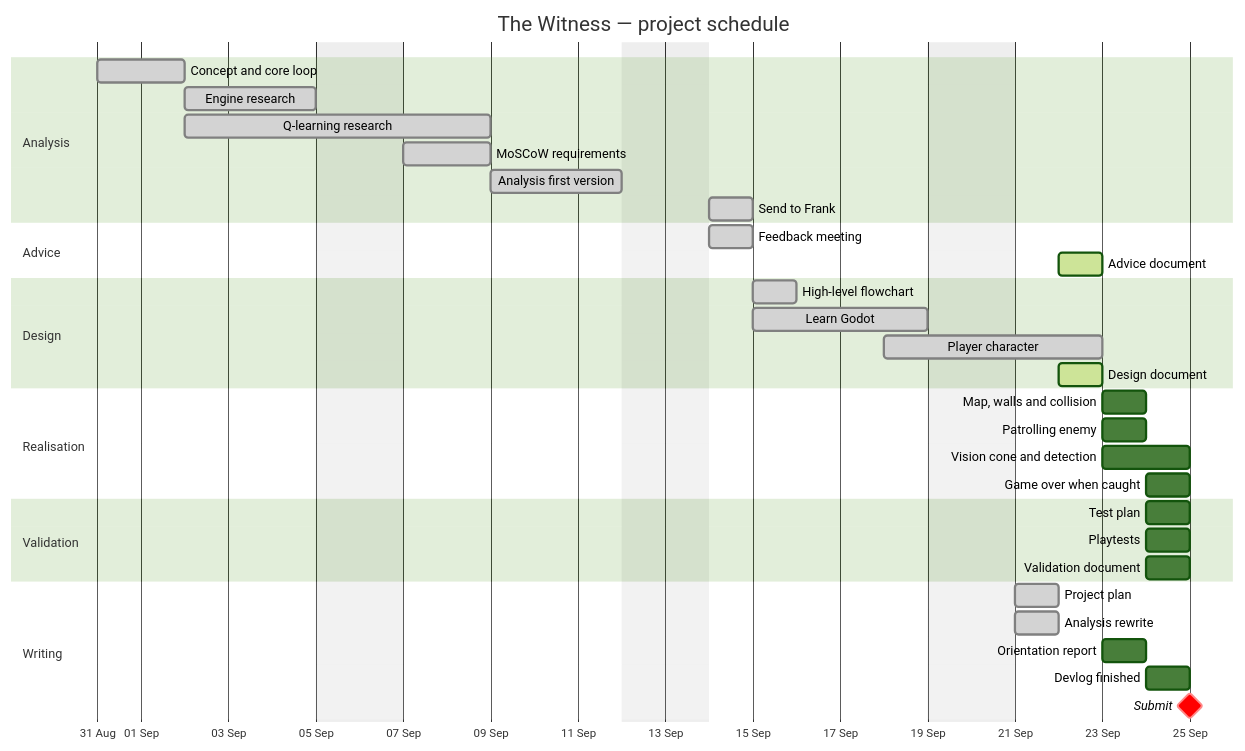
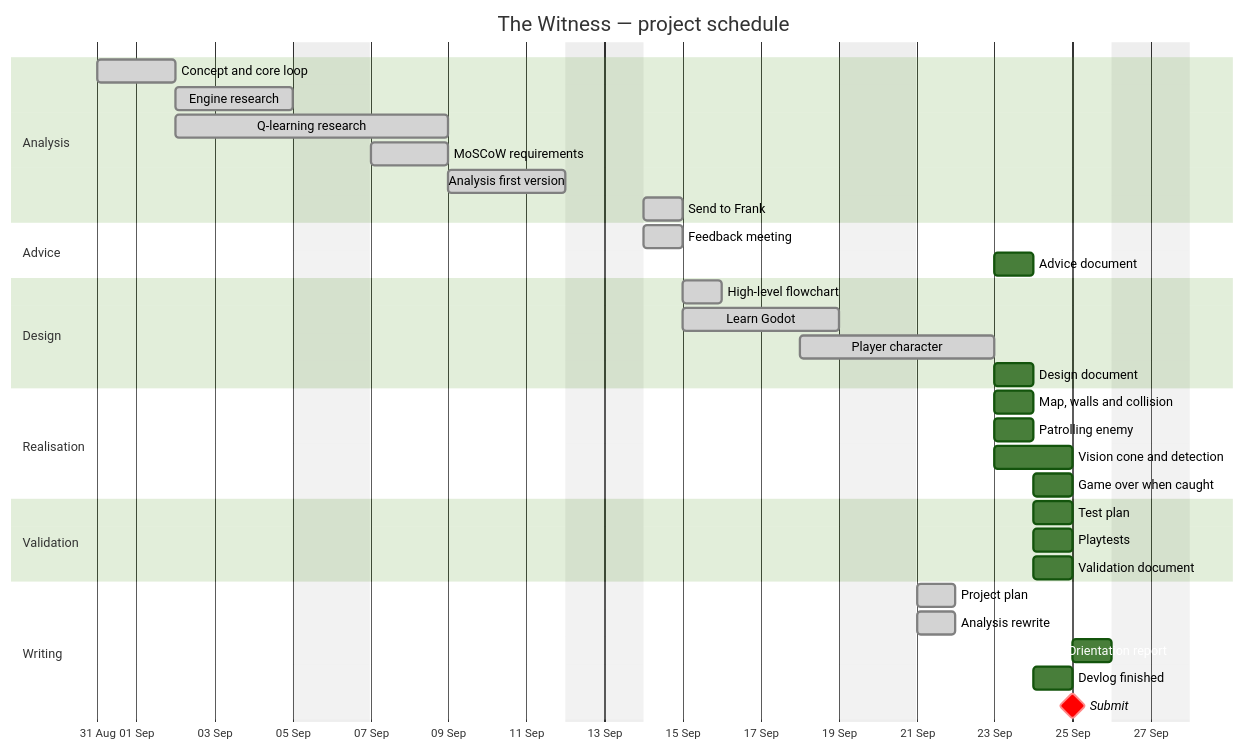
One commit to Eslavic/Fontys-University changed the diagram in First Semester/LO3 Professional Standard/Project Plan.md. Above: the diagram before and after it, drawn with Mermaid (forest theme). The commit also changed other lines of this file, not shown here.

````diff
--- a/First Semester/LO3 Professional Standard/Project Plan.md
+++ b/First Semester/LO3 Professional Standard/Project Plan.md
@@ -100,43 +99,43 @@
 ```mermaid
 gantt
     title The Witness — project schedule
     dateFormat YYYY-MM-DD
     axisFormat %d %b
     excludes weekends
 
     section Analysis
     Concept and core loop             :done, a1, 2026-08-31, 2d
     Engine research                   :done, a2, after a1, 3d
     Q-learning research               :done, a3, 2026-09-02, 5d
     MoSCoW requirements               :done, a4, 2026-09-07, 2d
     Analysis first version            :done, a5, 2026-09-09, 3d
     Send to Frank                     :done, a6, 2026-09-14, 1d
 
     section Advice
     Feedback meeting                  :done, b1, 2026-09-14, 1d
-    Advice document                   :active, b2, 2026-09-22, 1d
+	Advice document :b2, 2026-09-23, 1d
 
     section Design
     High-level flowchart              :done, c1, 2026-09-15, 1d
     Learn Godot                       :done, c2, 2026-09-15, 4d
     Player character                  :done, c3, 2026-09-18, 3d
-    Design document                   :active, c4, 2026-09-22, 1d
+	Design document :c4, 2026-09-23, 1d
 
     section Realisation
-    Map, walls and collision          :d1, 2026-09-23, 1d
-    Patrolling enemy                  :d2, 2026-09-23, 1d
+	Map, walls and collision :d1, 2026-09-23, 1d
+	Patrolling enemy :d2, 2026-09-23, 1d
     Vision cone and detection         :d3, 2026-09-23, 2d
     Game over when caught             :d4, 2026-09-24, 1d
 
     section Validation
     Test plan                         :e1, 2026-09-24, 1d
     Playtests                         :e2, 2026-09-24, 1d
     Validation document               :e3, 2026-09-24, 1d
 
     section Writing
     Project plan                      :done, f1, 2026-09-21, 1d
     Analysis rewrite                  :done, f2, 2026-09-21, 1d
-    Orientation report                :f5, 2026-09-23, 1d
+    Orientation report                :f5, 2026-09-25, 1d
     Devlog finished                   :f3, 2026-09-24, 1d
     Submit                            :milestone, crit, del, 2026-09-25, 0d
 ```
````
